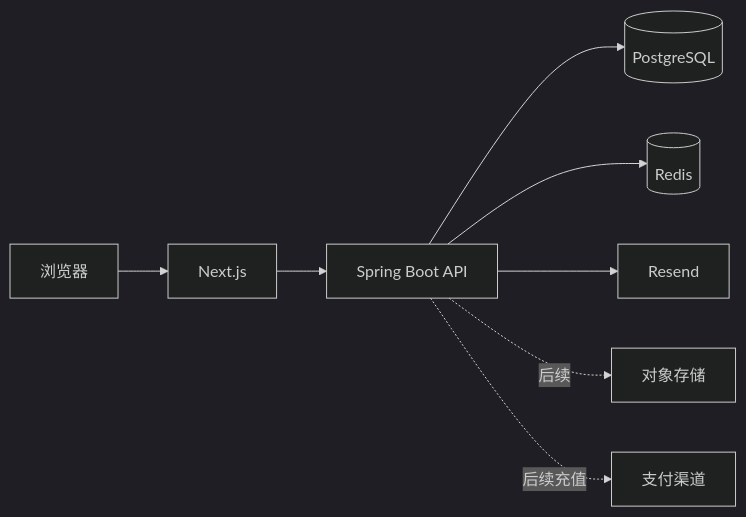
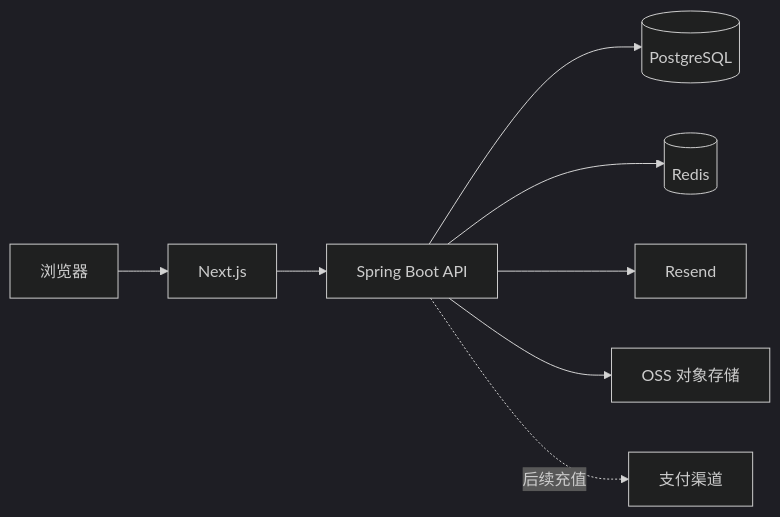
One commit to the-wayee/AriesHub changed the diagram in doc/PROJECT.md. Above: the diagram before and after it, drawn with Mermaid (dark theme). The commit also changed other lines of this file and 70 other files, not shown here.

````diff
--- a/doc/PROJECT.md
+++ b/doc/PROJECT.md
@@ -94,10 +95,10 @@
 ```mermaid
 flowchart LR
     B[浏览器] --> N[Next.js]
     N --> J[Spring Boot API]
     J --> P[(PostgreSQL)]
     J --> R[(Redis)]
     J --> E[Resend]
-    J -. 后续 .-> O[对象存储]
+    J --> O[OSS 对象存储]
     J -. 后续充值 .-> Pay[支付渠道]
 ```
````
